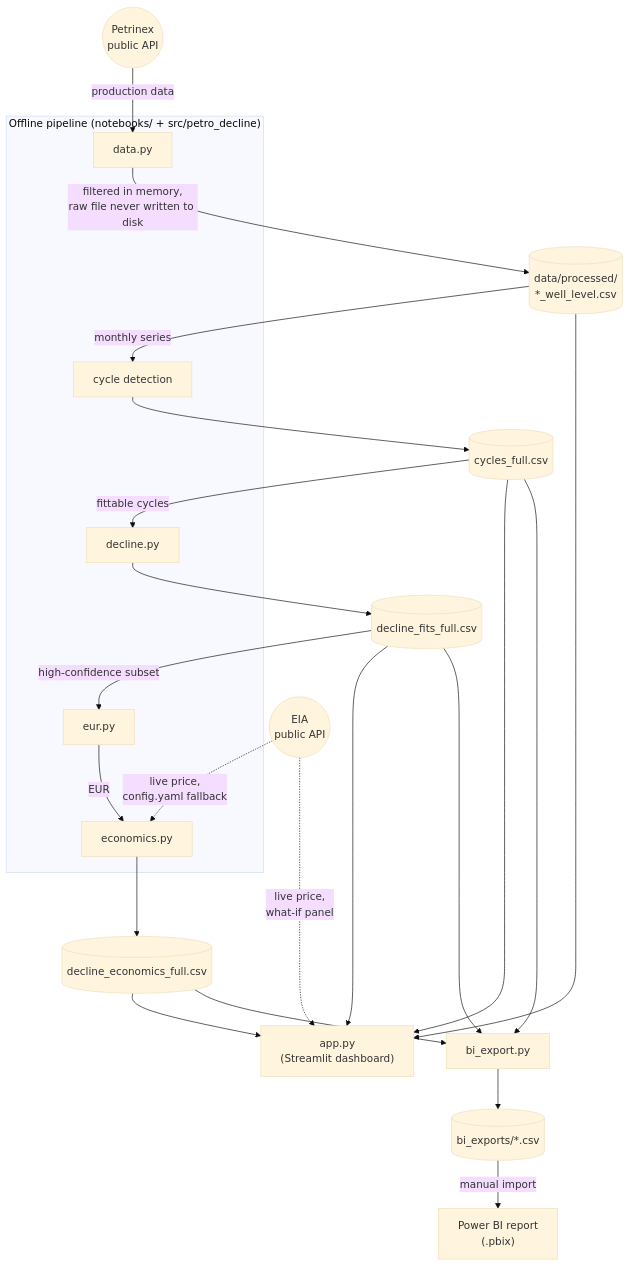
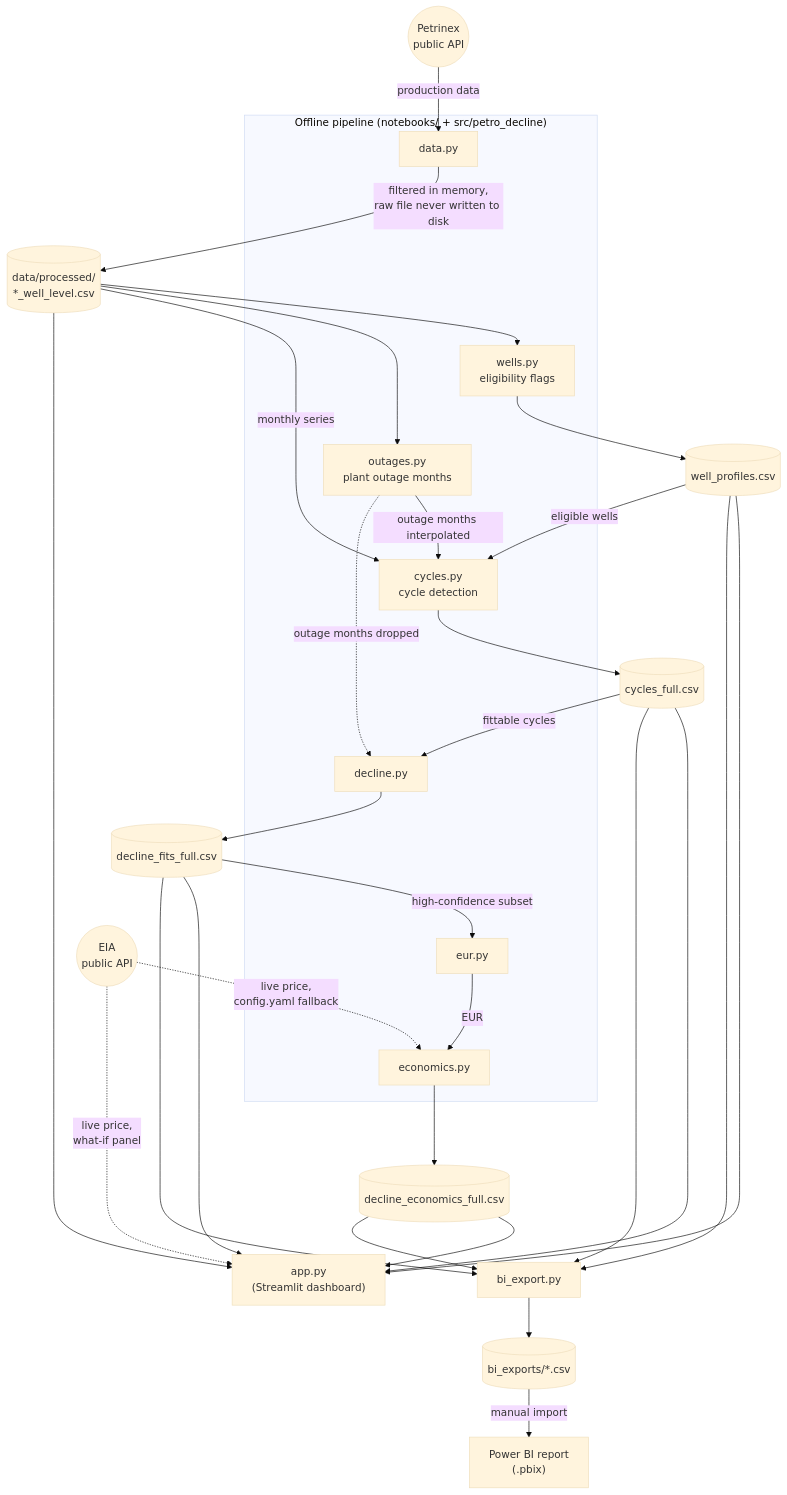
The diagram in docs/architecture.md (jasonou216/Petro-decline-curve), drawn with Mermaid (base theme) before and after one commit. The commit also changed other lines of this file and 3 other files, not shown here.

First line of the commit message:
Update README, known issues and architecture for the revised analysis

````diff
--- a/docs/architecture.md
+++ b/docs/architecture.md
@@ -3,46 +3,57 @@
 ```mermaid
 flowchart TB
     Petrinex(("Petrinex<br/>public API"))
     EIA(("EIA<br/>public API"))
 
     subgraph Pipeline["Offline pipeline (notebooks/ + src/petro_decline)"]
         DataPy["data.py"]
-        CycleDetect["cycle detection"]
+        WellsPy["wells.py<br/>eligibility flags"]
+        OutagesPy["outages.py<br/>plant outage months"]
+        CyclesPy["cycles.py<br/>cycle detection"]
         DeclinePy["decline.py"]
         EurPy["eur.py"]
         EconomicsPy["economics.py"]
     end
 
     Processed[("data/processed/<br/>*_well_level.csv")]
+    Profiles[("well_profiles.csv")]
     CyclesFull[("cycles_full.csv")]
     FitsFull[("decline_fits_full.csv")]
     EconFull[("decline_economics_full.csv")]
 
     Petrinex -->|production data| DataPy
     DataPy -->|"filtered in memory,<br/>raw file never written to disk"| Processed
-    Processed -->|monthly series| CycleDetect
-    CycleDetect --> CyclesFull
+    Processed --> WellsPy
+    WellsPy --> Profiles
+    Processed --> OutagesPy
+    Processed -->|monthly series| CyclesPy
+    Profiles -->|eligible wells| CyclesPy
+    OutagesPy -->|outage months interpolated| CyclesPy
+    CyclesPy --> CyclesFull
     CyclesFull -->|fittable cycles| DeclinePy
+    OutagesPy -.->|outage months dropped| DeclinePy
     DeclinePy --> FitsFull
     FitsFull -->|high-confidence subset| EurPy
     EurPy -->|EUR| EconomicsPy
     EIA -.->|live price,<br/>config.yaml fallback| EconomicsPy
     EconomicsPy --> EconFull
 
     App["app.py<br/>(Streamlit dashboard)"]
     BiExport["bi_export.py"]
     BiCsvs[("bi_exports/*.csv")]
     Pbix["Power BI report<br/>(.pbix)"]
 
     Processed --> App
+    Profiles --> App
     CyclesFull --> App
     FitsFull --> App
     EconFull --> App
     EIA -.->|live price,<br/>what-if panel| App
 
+    Profiles --> BiExport
     CyclesFull --> BiExport
     FitsFull --> BiExport
     EconFull --> BiExport
     BiExport --> BiCsvs
     BiCsvs -->|manual import| Pbix
 ```
````
